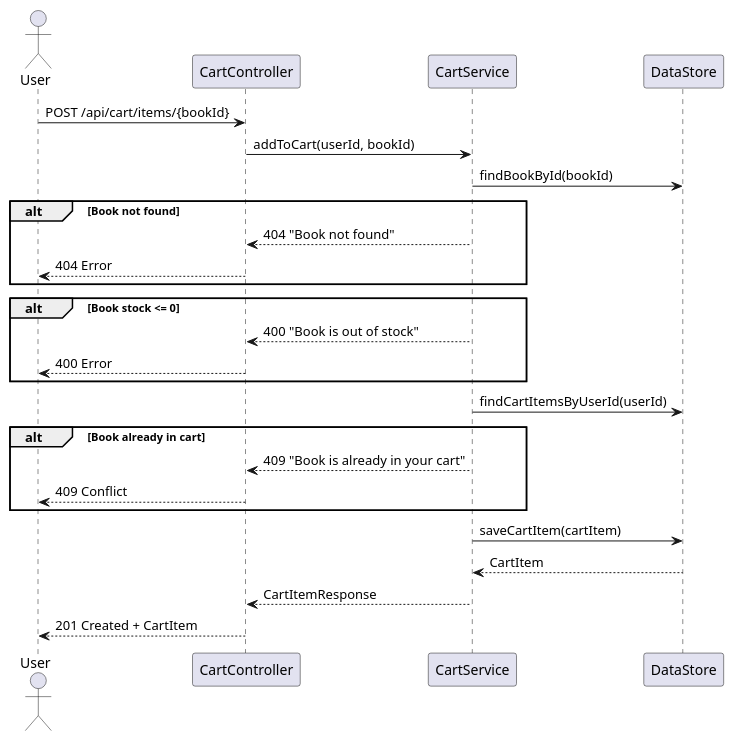
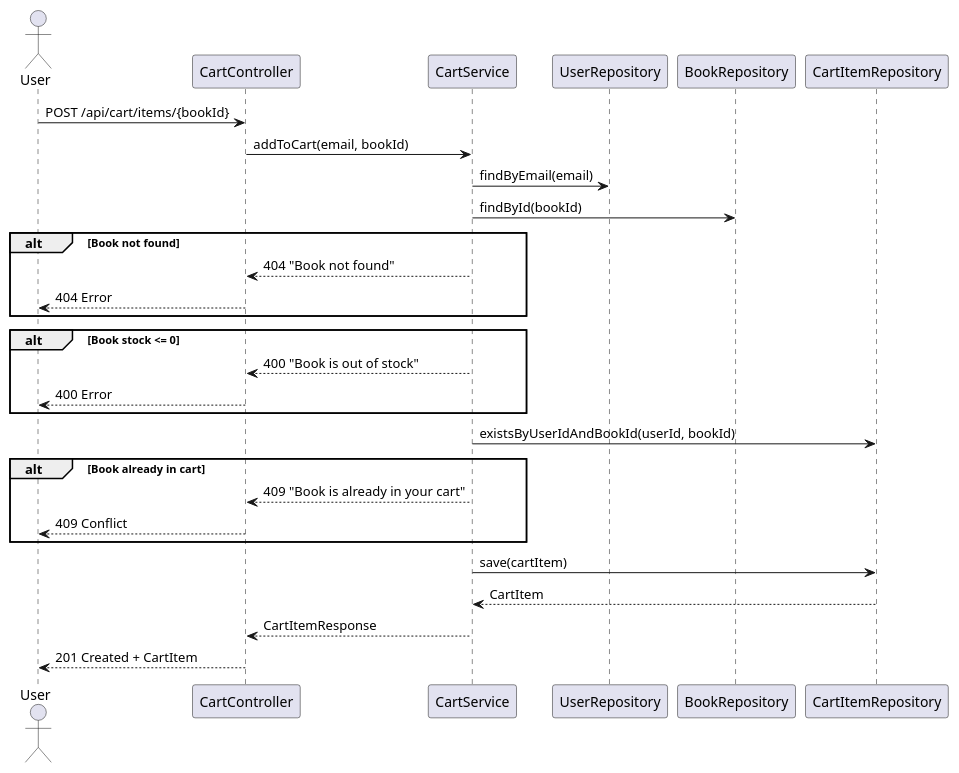
Before and after one commit to nitish2904/toptal: the diagram in bookshopv2/docs/add-to-cart-sequence.puml, drawn with PlantUML. The commit also changed 17 other files, not shown here.

First line of the commit message:
refactor: split DataStore into individual repository classes

```diff
--- a/bookshopv2/docs/add-to-cart-sequence.puml
+++ b/bookshopv2/docs/add-to-cart-sequence.puml
@@ -1,35 +1,38 @@
 @startuml Add to Cart Sequence Diagram
 
 actor User
 participant "CartController" as CC
 participant "CartService" as CS
-participant "DataStore" as DS
+participant "UserRepository" as UR
+participant "BookRepository" as BR
+participant "CartItemRepository" as CIR
 
 User -> CC : POST /api/cart/items/{bookId}
-CC -> CS : addToCart(userId, bookId)
+CC -> CS : addToCart(email, bookId)
+CS -> UR : findByEmail(email)
 
-CS -> DS : findBookById(bookId)
+CS -> BR : findById(bookId)
 
 alt Book not found
   CS --> CC : 404 "Book not found"
   CC --> User : 404 Error
 end
 
 alt Book stock <= 0
   CS --> CC : 400 "Book is out of stock"
   CC --> User : 400 Error
 end
 
-CS -> DS : findCartItemsByUserId(userId)
+CS -> CIR : existsByUserIdAndBookId(userId, bookId)
 
 alt Book already in cart
   CS --> CC : 409 "Book is already in your cart"
   CC --> User : 409 Conflict
 end
 
-CS -> DS : saveCartItem(cartItem)
-DS --> CS : CartItem
+CS -> CIR : save(cartItem)
+CIR --> CS : CartItem
 CS --> CC : CartItemResponse
 CC --> User : 201 Created + CartItem
 
 @enduml
```
